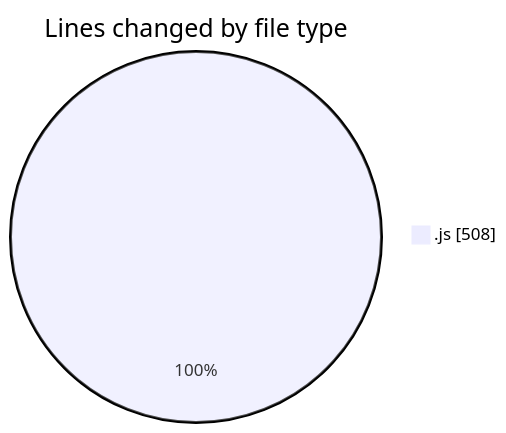
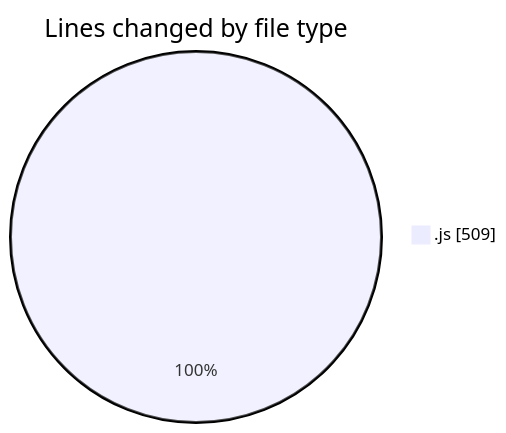
Before and after one commit to nxtqubesakshisongat/code-tracking: the first of 2 diagrams in 2025-04-16/nxtqube_webapp/README.md, drawn with Mermaid. The commit also changed other lines of this file and 1 other file, not shown here.

````diff
--- a/2025-04-16/nxtqube_webapp/README.md
+++ b/2025-04-16/nxtqube_webapp/README.md
@@ -21,5 +21,5 @@
 ```mermaid
 pie showData
 title Lines changed by file type
-".js" : 508
+".js" : 509
 ```
````
